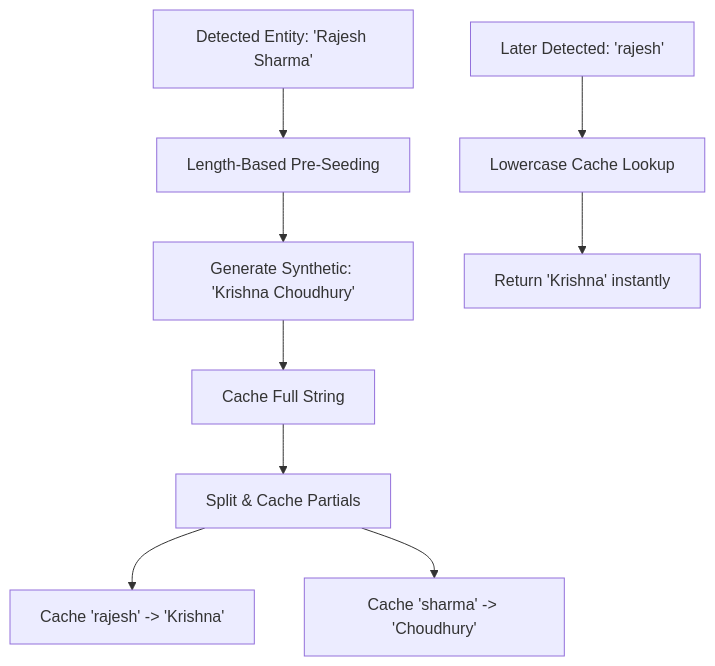
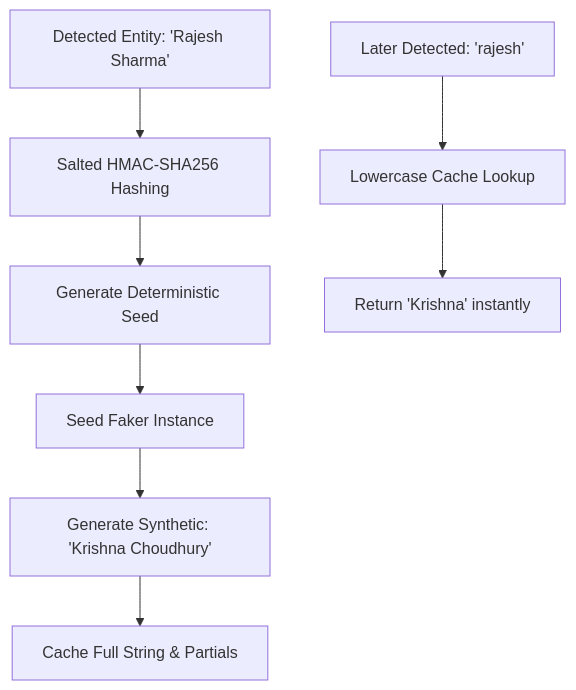
One commit to shubham0915/project_getHired changed the third of 4 diagrams in README.md. Above: the diagram before and after it, drawn with Mermaid. The commit also changed other lines of this file, not shown here.

Commit message:
docs: Comprehensive README cleanup and architectural alignment

````diff
--- a/README.md
+++ b/README.md
@@ -89,12 +89,11 @@
 ```mermaid
 flowchart TD
-    A[Detected Entity: 'Rajesh Sharma'] --> B[Length-Based Pre-Seeding]
-    B --> C[Generate Synthetic: 'Krishna Choudhury']
-    C --> D[Cache Full String]
-    D --> E[Split & Cache Partials]
-    E --> F["Cache 'rajesh' -> 'Krishna'"]
-    E --> G["Cache 'sharma' -> 'Choudhury'"]
+    A[Detected Entity: 'Rajesh Sharma'] --> B[Salted HMAC-SHA256 Hashing]
+    B --> C[Generate Deterministic Seed]
+    C --> D[Seed Faker Instance]
+    D --> E[Generate Synthetic: 'Krishna Choudhury']
+    E --> F[Cache Full String & Partials]
     
-    H[Later Detected: 'rajesh'] --> I[Lowercase Cache Lookup]
-    I --> J[Return 'Krishna' instantly]
+    G[Later Detected: 'rajesh'] --> H[Lowercase Cache Lookup]
+    H --> I[Return 'Krishna' instantly]
 ```
````
